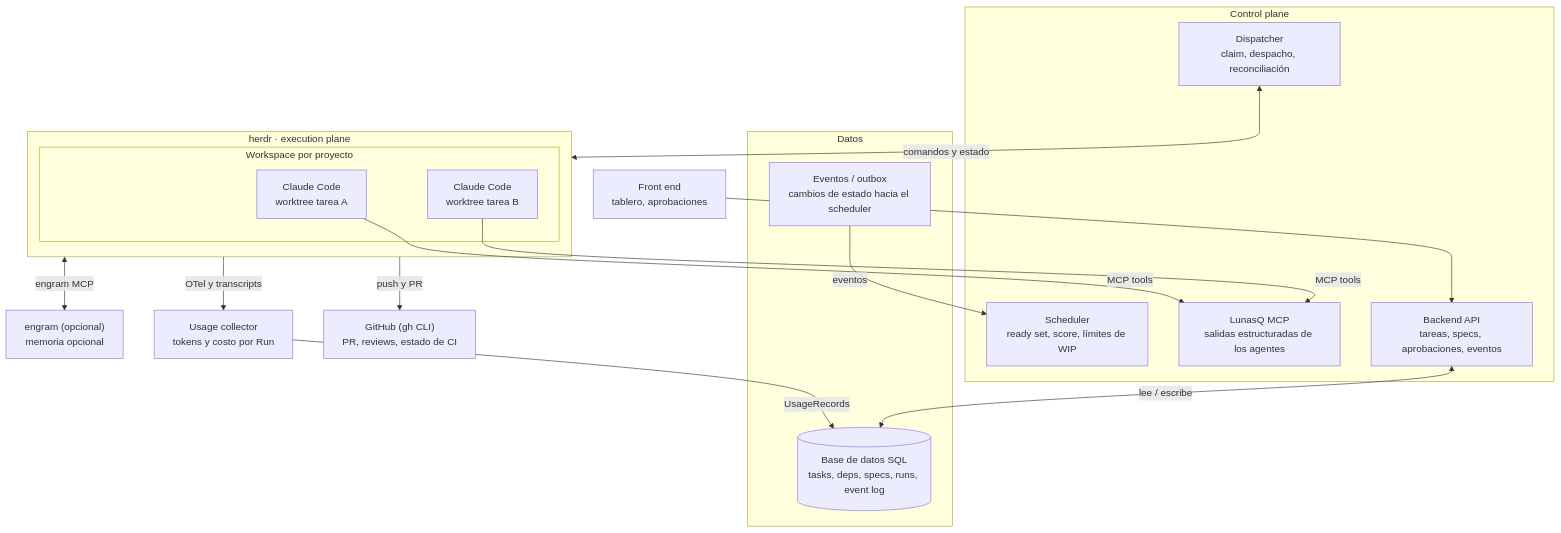
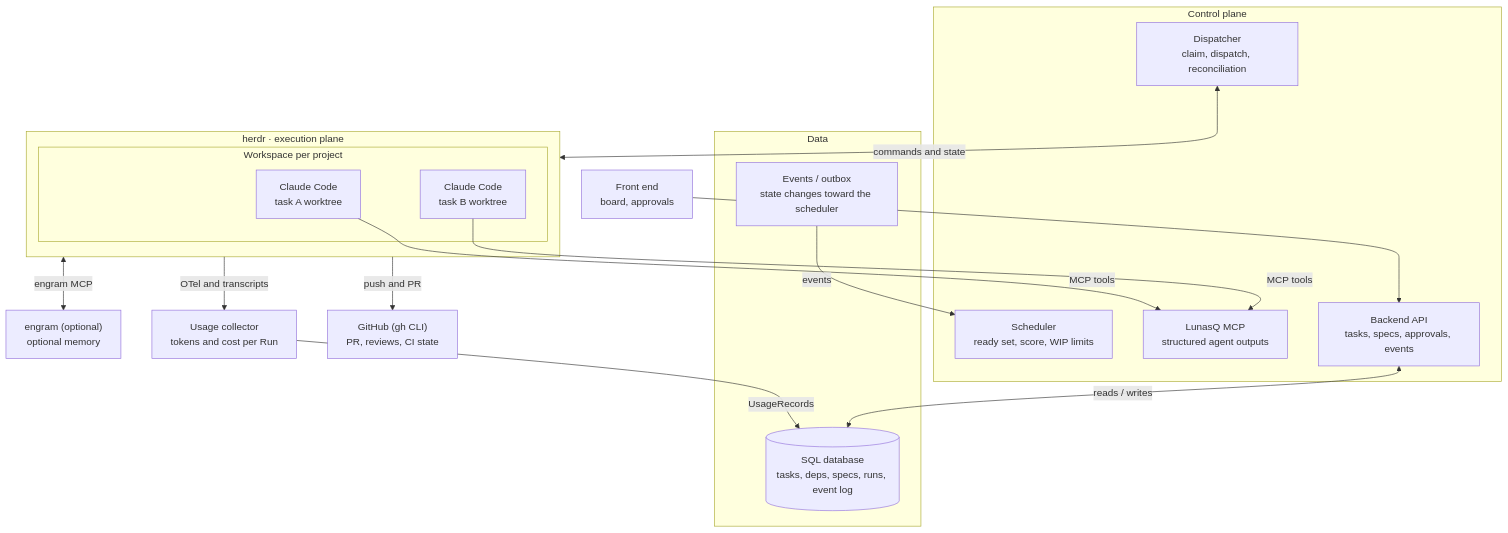
Before and after one commit to sergiowero/lunas-queue: the second of 2 diagrams in docs/design.md, drawn with Mermaid. The commit also changed other lines of this file and 568 other files, not shown here.

````diff
--- a/docs/design.md
+++ b/docs/design.md
@@ -121,33 +121,33 @@
 ```mermaid
 flowchart TB
-    FE["Front end<br/>tablero, aprobaciones"]
+    FE["Front end<br/>board, approvals"]
     subgraph CP["Control plane"]
-        API["Backend API<br/>tareas, specs, aprobaciones, eventos"]
-        SCH["Scheduler<br/>ready set, score, límites de WIP"]
-        DIS["Dispatcher<br/>claim, despacho, reconciliación"]
-        MCP["LunasQ MCP<br/>salidas estructuradas de los agentes"]
+        API["Backend API<br/>tasks, specs, approvals, events"]
+        SCH["Scheduler<br/>ready set, score, WIP limits"]
+        DIS["Dispatcher<br/>claim, dispatch, reconciliation"]
+        MCP["LunasQ MCP<br/>structured agent outputs"]
     end
-    subgraph DATA["Datos"]
-        DB[("Base de datos SQL<br/>tasks, deps, specs, runs, event log")]
-        OUT["Eventos / outbox<br/>cambios de estado hacia el scheduler"]
+    subgraph DATA["Data"]
+        DB[("SQL database<br/>tasks, deps, specs, runs, event log")]
+        OUT["Events / outbox<br/>state changes toward the scheduler"]
     end
     subgraph HERDR["herdr · execution plane"]
-        subgraph WS["Workspace por proyecto"]
-            A1["Claude Code<br/>worktree tarea A"]
-            A2["Claude Code<br/>worktree tarea B"]
+        subgraph WS["Workspace per project"]
+            A1["Claude Code<br/>task A worktree"]
+            A2["Claude Code<br/>task B worktree"]
         end
     end
-    UC["Usage collector<br/>tokens y costo por Run"]
-    GH["GitHub (gh CLI)<br/>PR, reviews, estado de CI"]
-    EN["engram (opcional)<br/>memoria opcional"]
+    UC["Usage collector<br/>tokens and cost per Run"]
+    GH["GitHub (gh CLI)<br/>PR, reviews, CI state"]
+    EN["engram (optional)<br/>optional memory"]
 
     FE --> API
-    API <-->|lee / escribe| DB
-    OUT -->|eventos| SCH
-    DIS <-->|comandos y estado| HERDR
+    API <-->|reads / writes| DB
+    OUT -->|events| SCH
+    DIS <-->|commands and state| HERDR
     A1 & A2 -->|MCP tools| MCP
-    HERDR -->|push y PR| GH
-    HERDR -->|OTel y transcripts| UC
+    HERDR -->|push and PR| GH
+    HERDR -->|OTel and transcripts| UC
     UC -->|UsageRecords| DB
     HERDR <-->|engram MCP| EN
 ```
````
